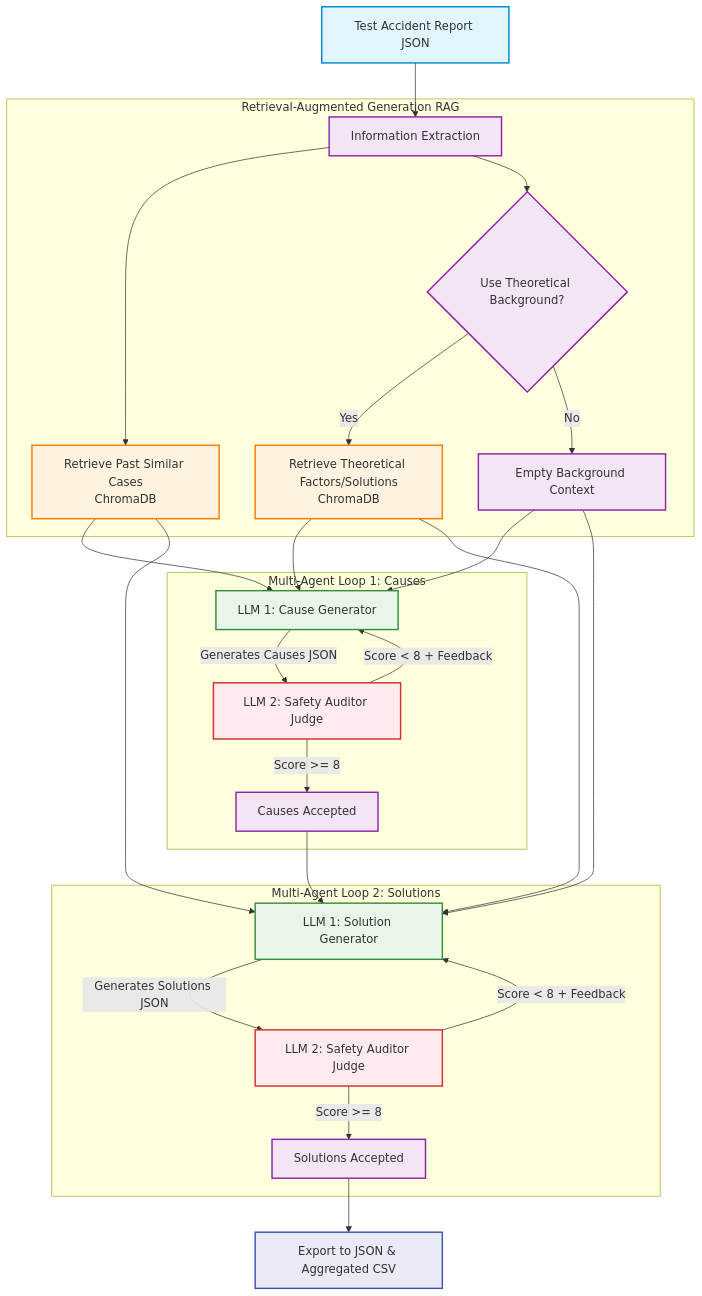
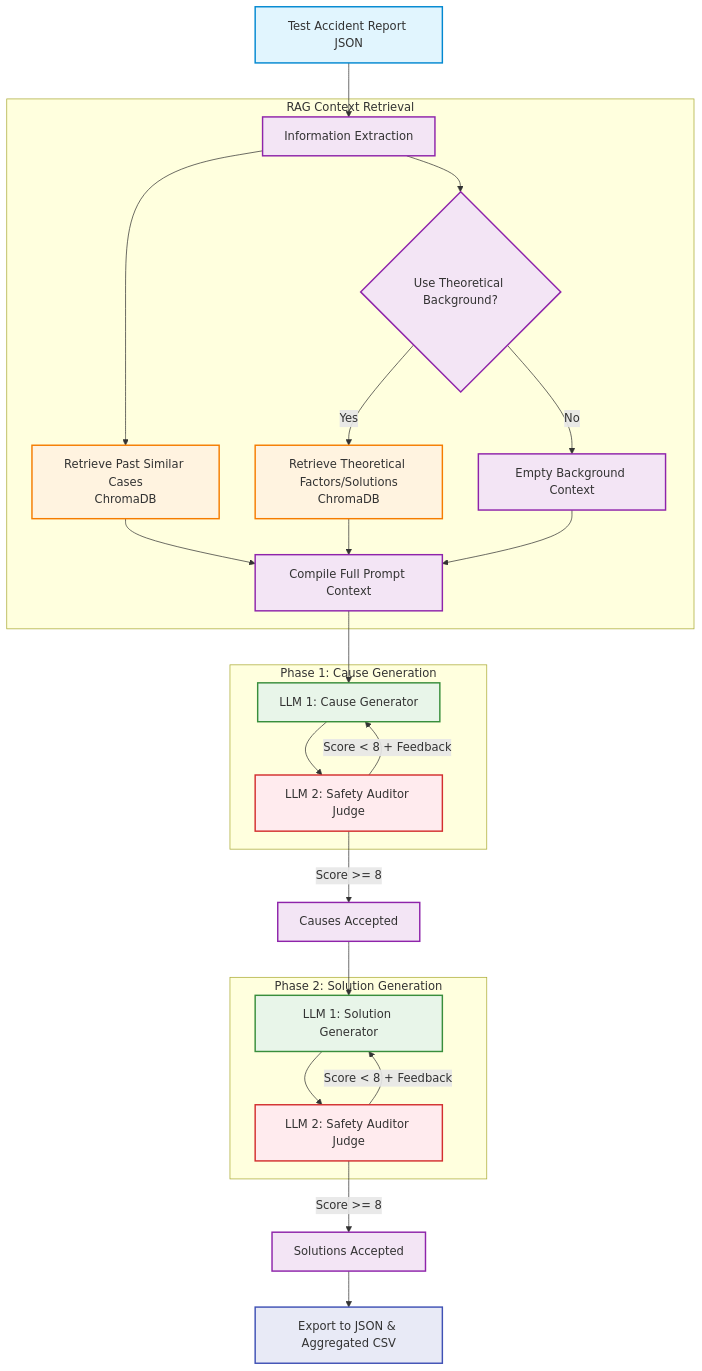
One commit to 098ff/acci-RAG-indiv changed the diagram in README.md. Above: the diagram before and after it, drawn with Mermaid. The commit also changed other lines of this file and 1 other file, not shown here.

Commit message:
refactor: remove the enable_hitl var since I dont do HITL any more & update the README

````diff
--- a/README.md
+++ b/README.md
@@ -11,42 +10,43 @@
 ```mermaid
 graph TD
     %% Define styles
     classDef input fill:#e1f5fe,stroke:#0288d1,stroke-width:2px;
     classDef process fill:#f3e5f5,stroke:#8e24aa,stroke-width:2px;
     classDef rag fill:#fff3e0,stroke:#f57c00,stroke-width:2px;
     classDef agent1 fill:#e8f5e9,stroke:#388e3c,stroke-width:2px;
     classDef agent2 fill:#ffebee,stroke:#d32f2f,stroke-width:2px;
     classDef output fill:#e8eaf6,stroke:#3f51b5,stroke-width:2px;
 
     A[Test Accident Report JSON]:::input --> B[Information Extraction]:::process
     
-    subgraph Retrieval-Augmented Generation RAG
+    subgraph RAG Context Retrieval
         B --> C[Retrieve Past Similar Cases<br>ChromaDB]:::rag
         B --> D{Use Theoretical Background?}:::process
         D -- Yes --> E[Retrieve Theoretical Factors/Solutions<br>ChromaDB]:::rag
         D -- No --> F[Empty Background Context]:::process
+        
+        C --> G[Compile Full Prompt Context]:::process
+        E --> G
+        F --> G
     end
     
-    C --> G
-    E --> G
-    F --> G
+    G --> H
     
-    subgraph Multi-Agent Loop 1: Causes
-        G[LLM 1: Cause Generator]:::agent1 -- Generates Causes JSON --> H[LLM 2: Safety Auditor Judge]:::agent2
-        H -- Score < 8 + Feedback --> G
-        H -- Score >= 8 --> I[Causes Accepted]:::process
+    subgraph Phase 1: Cause Generation
+        H[LLM 1: Cause Generator]:::agent1 --> I[LLM 2: Safety Auditor Judge]:::agent2
+        I -- Score < 8 + Feedback --> H
     end
     
-    I --> J
-    C --> J
-    E --> J
-    F --> J
+    I -- Score >= 8 --> J[Causes Accepted]:::process
     
-    subgraph Multi-Agent Loop 2: Solutions
-        J[LLM 1: Solution Generator]:::agent1 -- Generates Solutions JSON --> K[LLM 2: Safety Auditor Judge]:::agent2
-        K -- Score < 8 + Feedback --> J
-        K -- Score >= 8 --> L[Solutions Accepted]:::process
+    J --> K
+    
+    subgraph Phase 2: Solution Generation
+        K[LLM 1: Solution Generator]:::agent1 --> L[LLM 2: Safety Auditor Judge]:::agent2
+        L -- Score < 8 + Feedback --> K
     end
     
-    L --> M[Export to JSON & Aggregated CSV]:::output
+    L -- Score >= 8 --> M[Solutions Accepted]:::process
+    
+    M --> N[Export to JSON & Aggregated CSV]:::output
 ```
````
